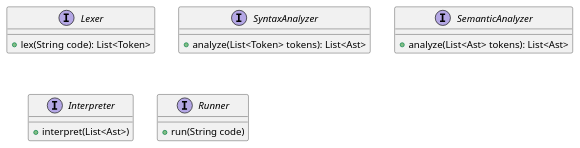
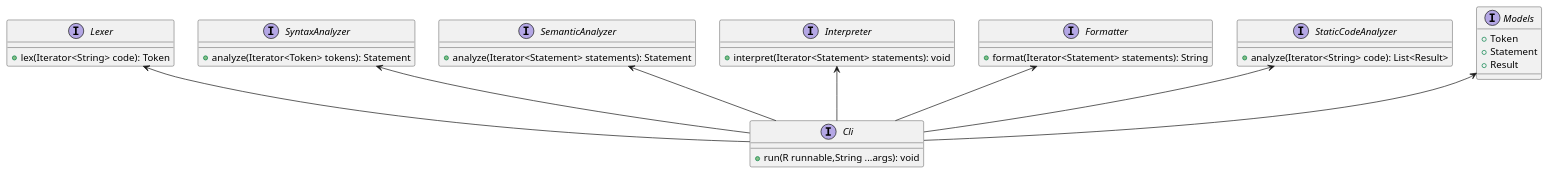
Before and after one commit to Al-Fajor/printscript: the diagram in diagrams/modules.puml, drawn with PlantUML. The commit also changed 2 other files, not shown here.

Commit message:
Updated diagrams, created component diagram

```diff
--- a/diagrams/modules.puml
+++ b/diagrams/modules.puml
@@ -1,20 +1,41 @@
 @startuml
-
+interface Cli {
+    + run(R runnable,String ...args): void
+}
 interface Lexer {
-    + lex(String code): List<Token>
+    + lex(Iterator<String> code): Token
 }
 interface SyntaxAnalyzer {
-    + analyze(List<Token> tokens): List<Ast>
+    + analyze(Iterator<Token> tokens): Statement
 }
 interface SemanticAnalyzer {
-    + analyze(List<Ast> tokens): List<Ast>
+    + analyze(Iterator<Statement> statements): Statement
 }
 interface Interpreter {
-    + interpret(List<Ast>)
-}
-interface Runner {
-    + run(String code)
+    + interpret(Iterator<Statement> statements): void
 }
 
+interface Formatter {
+    + format(Iterator<Statement> statements): String
+}
 
+interface StaticCodeAnalyzer{
+    + analyze(Iterator<String> code): List<Result>
+}
+
+interface Models {
+    + Token
+    + Statement
+    + Result
+}
+
+'Runnable is an external module
+
+Lexer <-- Cli
+SyntaxAnalyzer <-- Cli
+SemanticAnalyzer <-- Cli
+Interpreter <-- Cli
+Formatter <-- Cli
+StaticCodeAnalyzer <-- Cli
+Models <-- Cli
 @enduml
```
